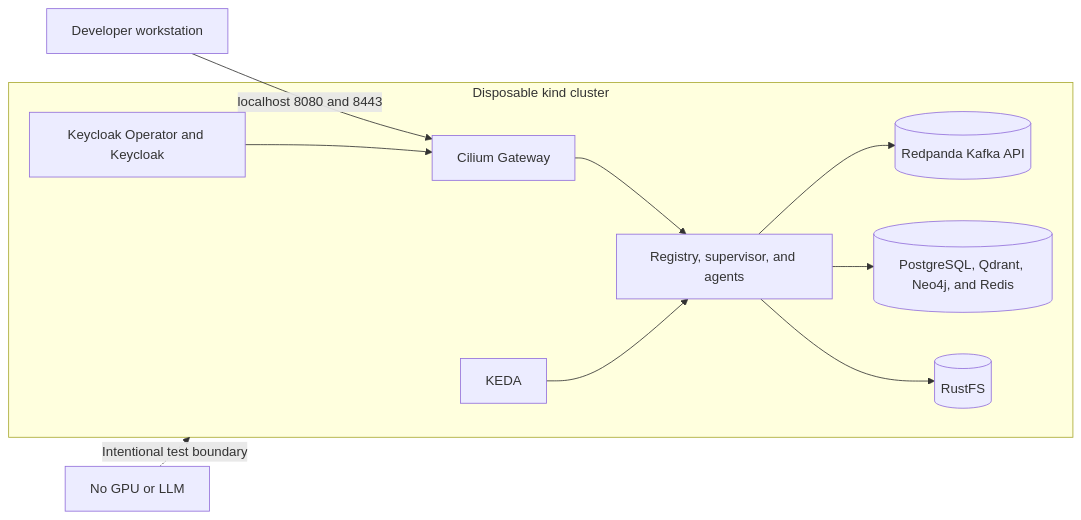
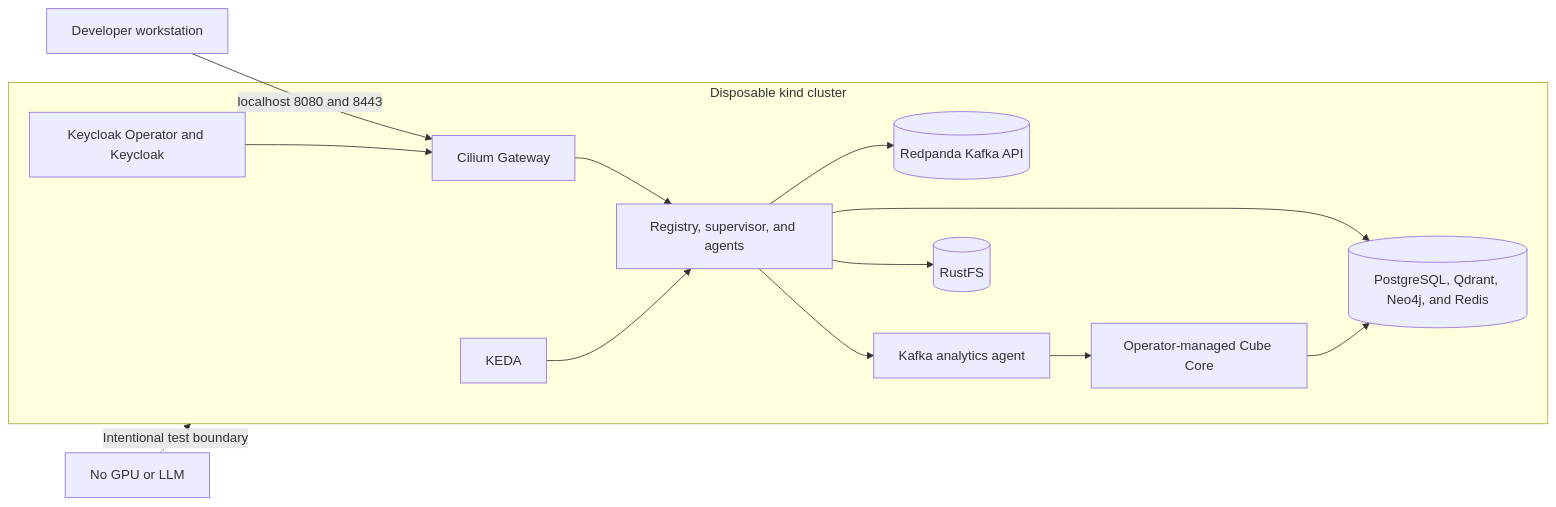
The diagram in infrastructure/kind/README.md (sqe/agentic-kubernetes-platform), drawn with Mermaid before and after one commit. The commit also changed other lines of this file and 54 other files, not shown here.

````diff
--- a/infrastructure/kind/README.md
+++ b/infrastructure/kind/README.md
@@ -14,13 +26,16 @@
 ```mermaid
 flowchart LR
     Host[Developer workstation] -->|localhost 8080 and 8443| Gateway[Cilium Gateway]
     subgraph Kind[Disposable kind cluster]
         Gateway --> Platform[Registry, supervisor, and agents]
         Platform --> Redpanda[(Redpanda Kafka API)]
         Platform --> Data[(PostgreSQL, Qdrant, Neo4j, and Redis)]
+        Platform --> Analytics[Kafka analytics agent]
+        Analytics --> Cube[Operator-managed Cube Core]
+        Cube --> Data
         Platform --> RustFS[(RustFS)]
         Keycloak[Keycloak Operator and Keycloak] --> Gateway
         KEDA[KEDA] --> Platform
     end
     Missing[No GPU or LLM] -.->|Intentional test boundary| Kind
 ```
````
